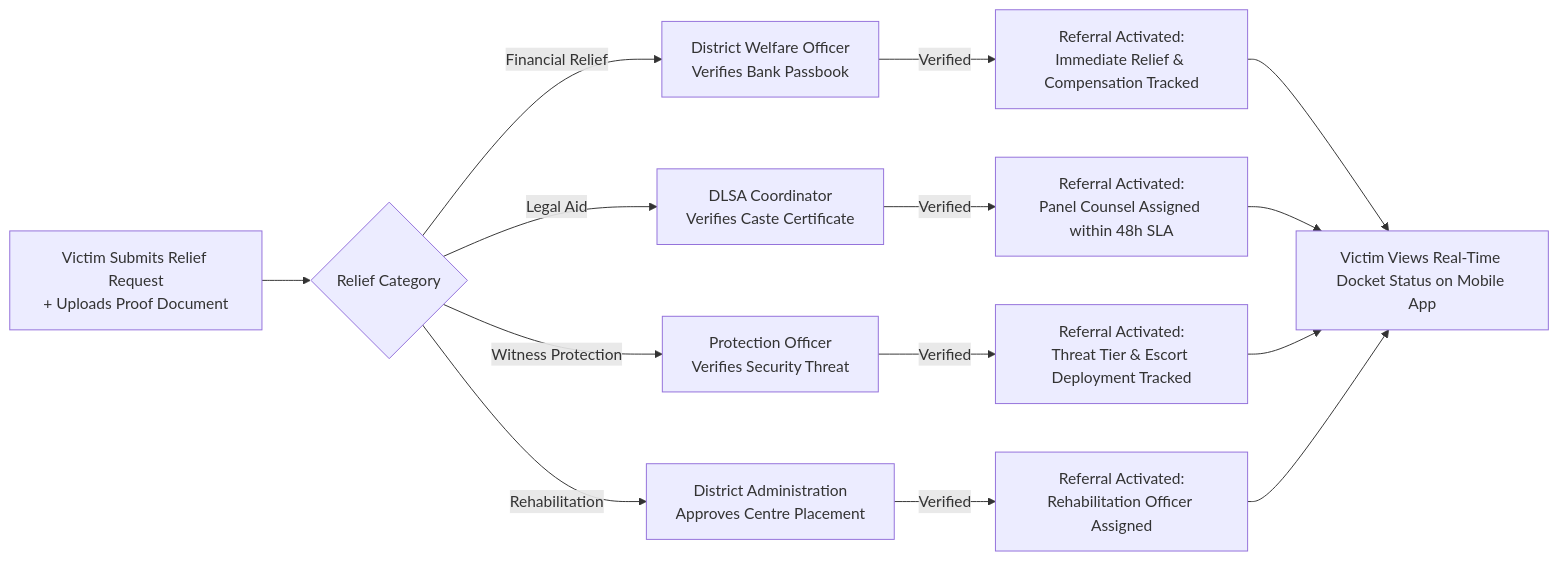
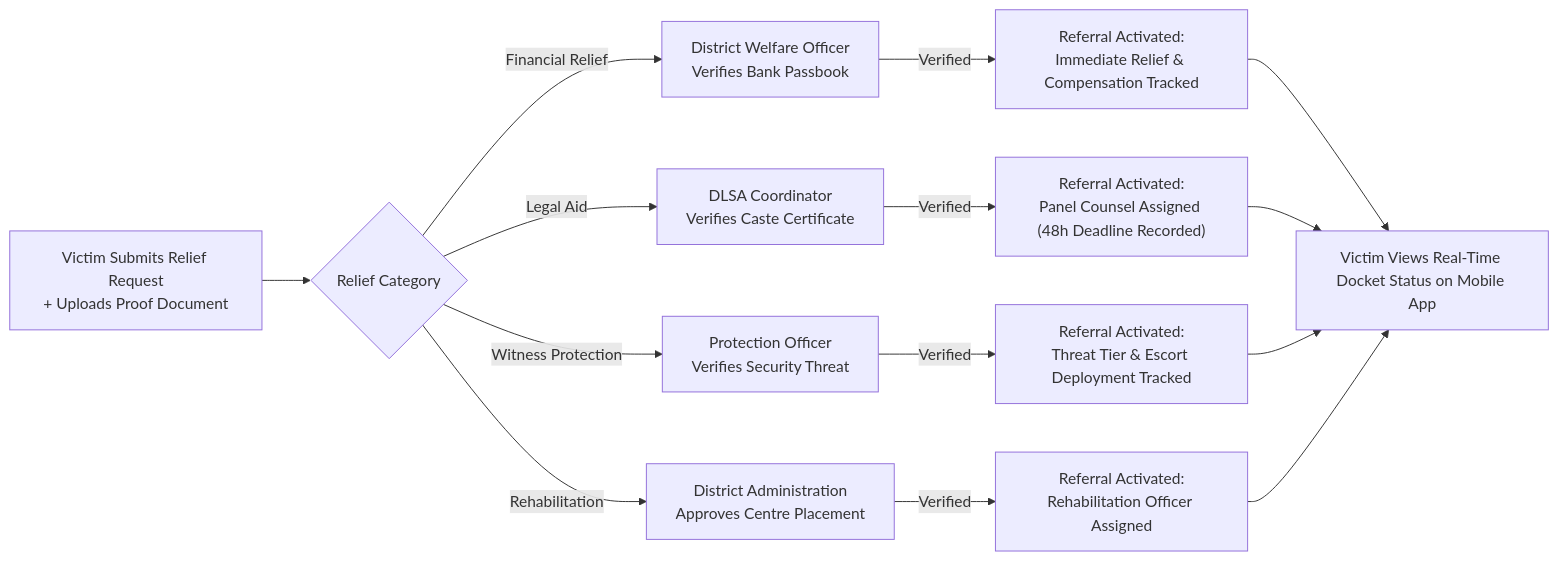
The fourth of 7 diagrams in Mansakha/README.md (Ganga9115/Mansakha), drawn with Mermaid before and after one commit. The commit also changed other lines of this file and 1 other file, not shown here.

First line of the commit message:
Align README with the current roles, workflows, and schema

````diff
--- a/Mansakha/README.md
+++ b/Mansakha/README.md
@@ -224,19 +225,19 @@
 ```mermaid
 graph LR
     VictimReq["Victim Submits Relief Request<br/>+ Uploads Proof Document"] --> TypeSplit{"Relief Category"}
   
     TypeSplit -->|Financial Relief| DWO["District Welfare Officer<br/>Verifies Bank Passbook"]
     TypeSplit -->|Legal Aid| DLSA["DLSA Coordinator<br/>Verifies Caste Certificate"]
     TypeSplit -->|Witness Protection| PO["Protection Officer<br/>Verifies Security Threat"]
     TypeSplit -->|Rehabilitation| Admin["District Administration<br/>Approves Centre Placement"]
   
     DWO -->|Verified| RefDWO["Referral Activated:<br/>Immediate Relief & Compensation Tracked"]
-    DLSA -->|Verified| RefDLSA["Referral Activated:<br/>Panel Counsel Assigned within 48h SLA"]
+    DLSA -->|Verified| RefDLSA["Referral Activated:<br/>Panel Counsel Assigned (48h Deadline Recorded)"]
     PO -->|Verified| RefPO["Referral Activated:<br/>Threat Tier & Escort Deployment Tracked"]
     Admin -->|Verified| RefAdmin["Referral Activated:<br/>Rehabilitation Officer Assigned"]
   
     RefDWO --> LiveStatus["Victim Views Real-Time Docket Status on Mobile App"]
     RefDLSA --> LiveStatus
     RefPO --> LiveStatus
     RefAdmin --> LiveStatus
 ```
````
